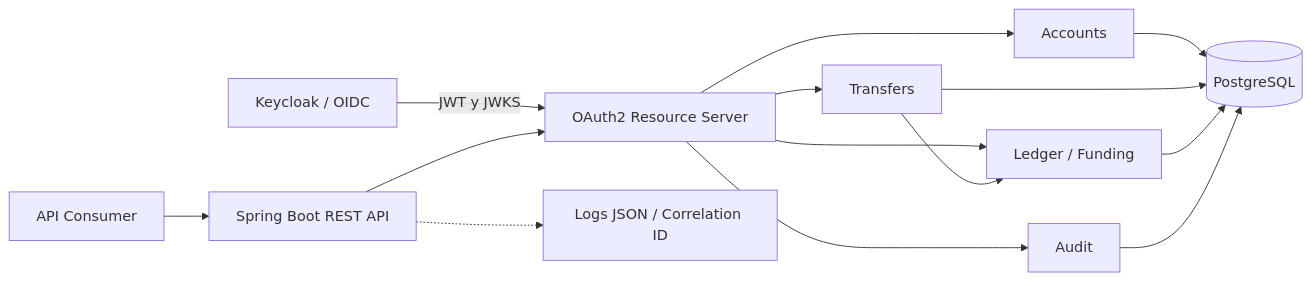
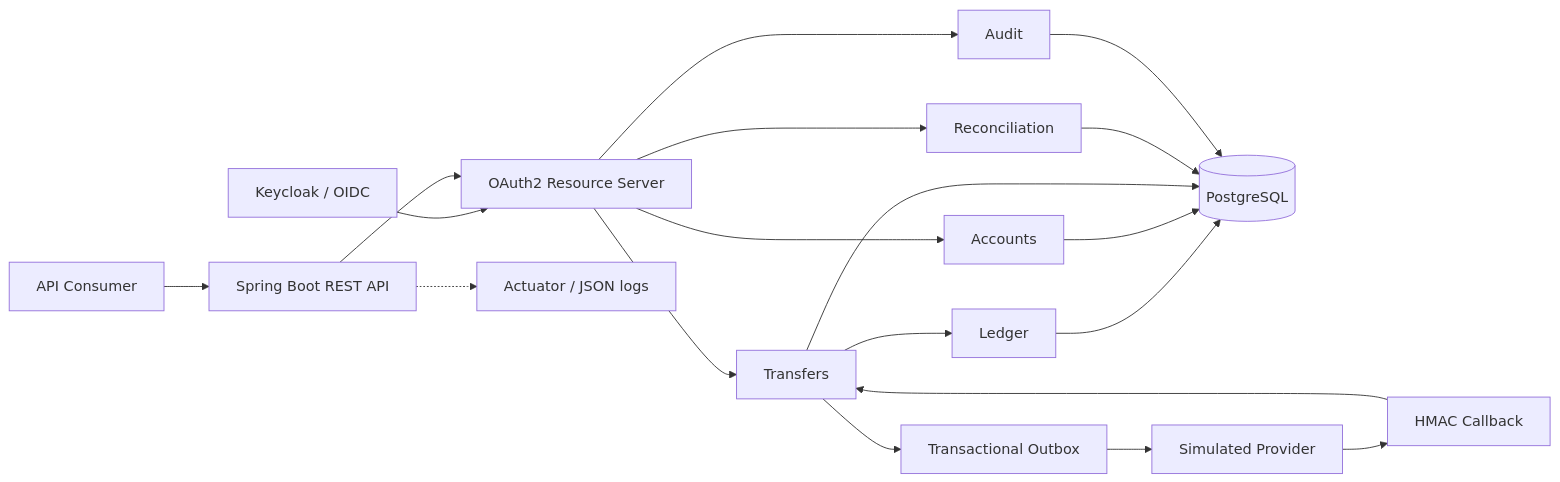
The diagram in README.md (IngenieroJosser/finbridge-banking-platform), drawn with Mermaid before and after one commit. The commit also changed other lines of this file and 22 other files, not shown here.

Commit message:
feat: implement external transfers, transactional outbox, reconciliation and operational metrics

````diff
--- a/README.md
+++ b/README.md
@@ -48,16 +28,21 @@
 ```mermaid
 flowchart LR
-    Client["API Consumer"] --> API["Spring Boot REST API"]
-    IdP["Keycloak / OIDC"] -->|"JWT y JWKS"| Security["OAuth2 Resource Server"]
+    Client[API Consumer] --> API[Spring Boot REST API]
+    IdP[Keycloak / OIDC] --> Security[OAuth2 Resource Server]
     API --> Security
-    Security --> Accounts["Accounts"]
-    Security --> Transfers["Transfers"]
-    Security --> Audit["Audit"]
-    Security --> Ledger["Ledger / Funding"]
-    Transfers --> Ledger
-    Accounts --> DB[("PostgreSQL")]
+    Security --> Accounts[Accounts]
+    Security --> Transfers[Transfers]
+    Security --> Audit[Audit]
+    Security --> Recon[Reconciliation]
+    Transfers --> Ledger[Ledger]
+    Ledger --> DB[(PostgreSQL)]
+    Accounts --> DB
     Transfers --> DB
-    Ledger --> DB
+    Recon --> DB
     Audit --> DB
-    API -.-> Logs["Logs JSON / Correlation ID"]
+    Transfers --> Outbox[Transactional Outbox]
+    Outbox --> Provider[Simulated Provider]
+    Provider --> Callback[HMAC Callback]
+    Callback --> Transfers
+    API -.-> Metrics[Actuator / JSON logs]
 ```
````
